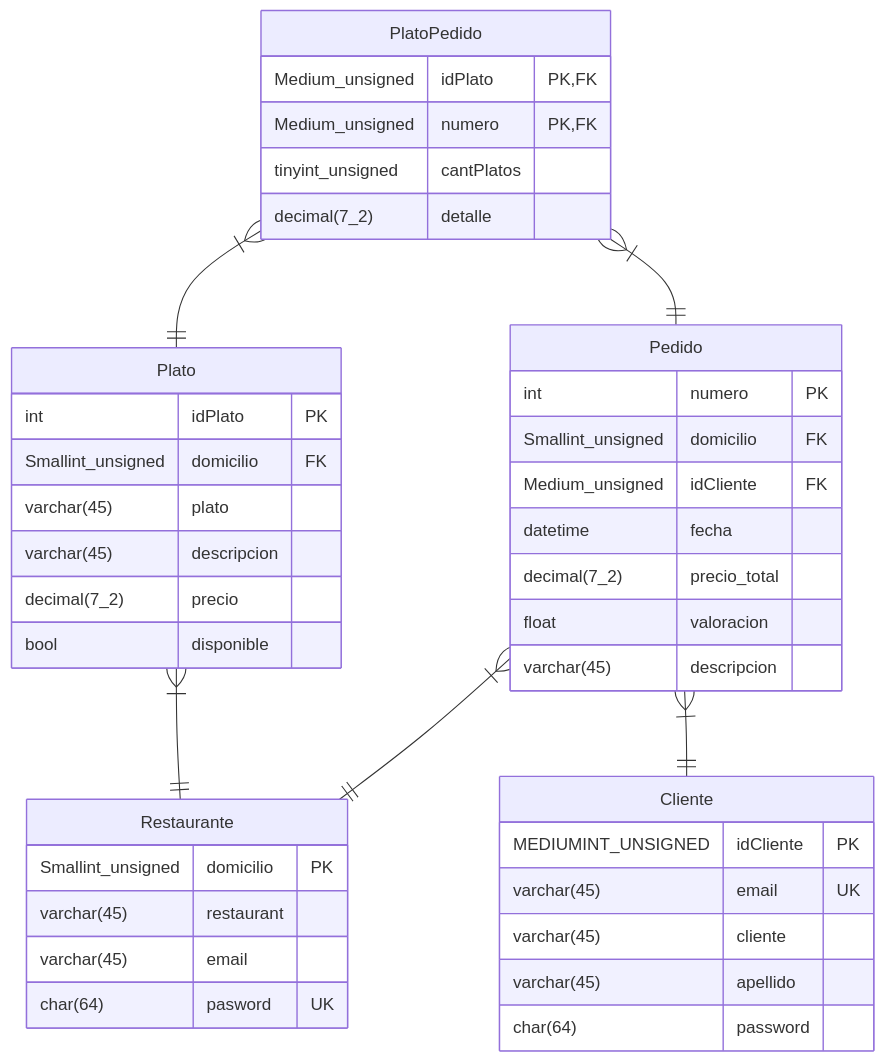
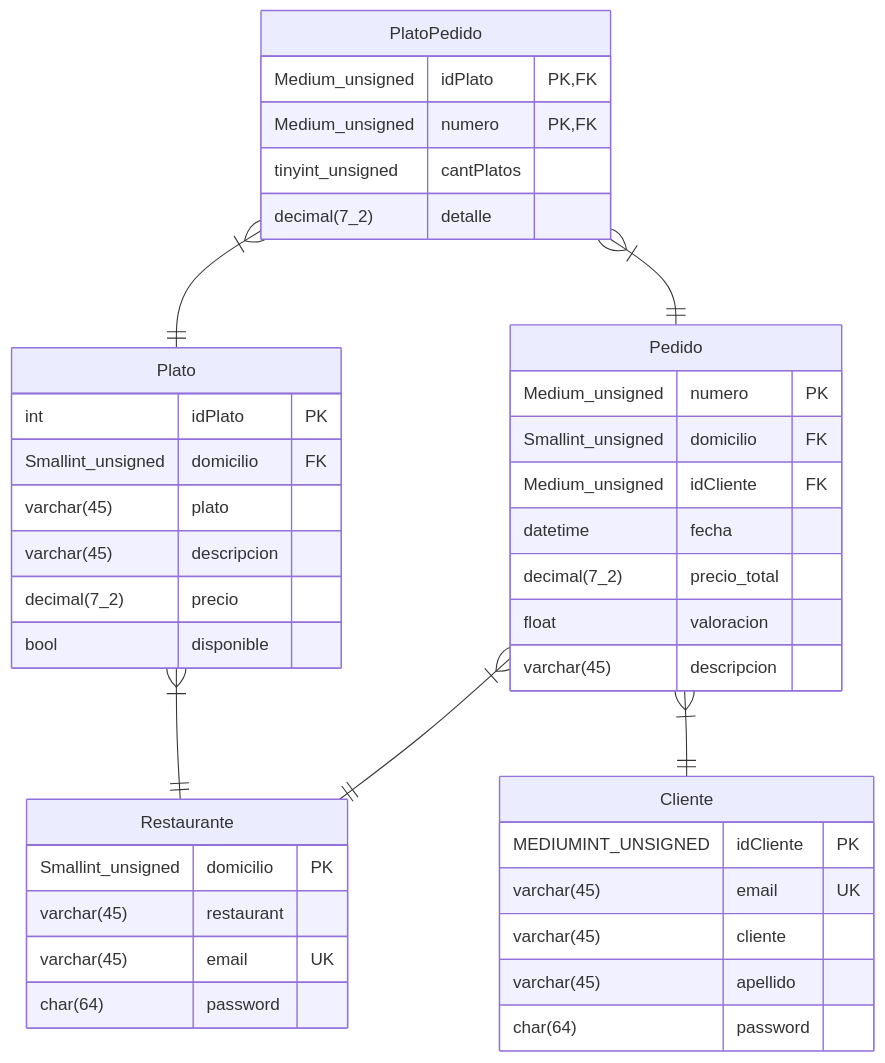
Before and after one commit to FranciscoBHF/Rapi_app: the diagram in doc/README.md, drawn with Mermaid.

````diff
--- a/doc/README.md
+++ b/doc/README.md
@@ -1,45 +1,45 @@
 ```mermaid
 erDiagram
     Restaurante{
         Smallint_unsigned  domicilio PK
         varchar(45) restaurant
-        varchar(45) email
-        char(64) pasword UK
+        varchar(45) email UK
+        char(64) password 
 
     }
     Plato{
         int idPlato PK
         Smallint_unsigned domicilio FK
         varchar(45) plato
         varchar(45) descripcion
         decimal(7_2) precio
         bool disponible
     }   
     Cliente{
         MEDIUMINT_UNSIGNED idCliente PK
         varchar(45) email UK
         varchar(45) cliente
         varchar(45) apellido
         char(64) password
     }
     Pedido{
-        int numero PK
+        Medium_unsigned numero PK
         Smallint_unsigned domicilio FK
         Medium_unsigned idCliente FK
         datetime fecha
         decimal(7_2) precio_total 
         float valoracion 
         varchar(45) descripcion
     }
     PlatoPedido{
         Medium_unsigned idPlato PK,FK
         Medium_unsigned numero PK,FK
         tinyint_unsigned cantPlatos
         decimal(7_2) detalle 
     }
     Plato }|--|| Restaurante : ""
     Pedido }|--|| Restaurante : ""
     PlatoPedido }|--|| Plato : ""
     PlatoPedido }|--|| Pedido : ""
     Pedido }|--|| Cliente : ""
 ```
````
